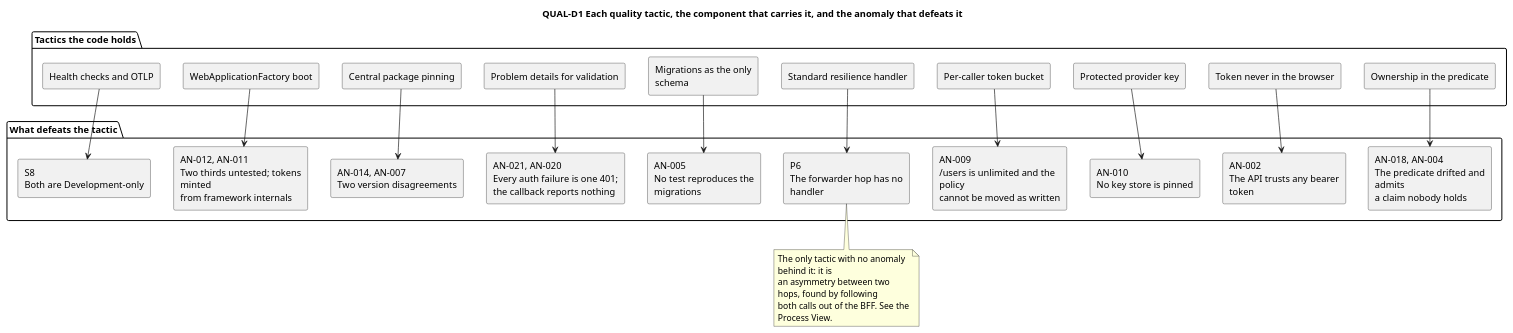
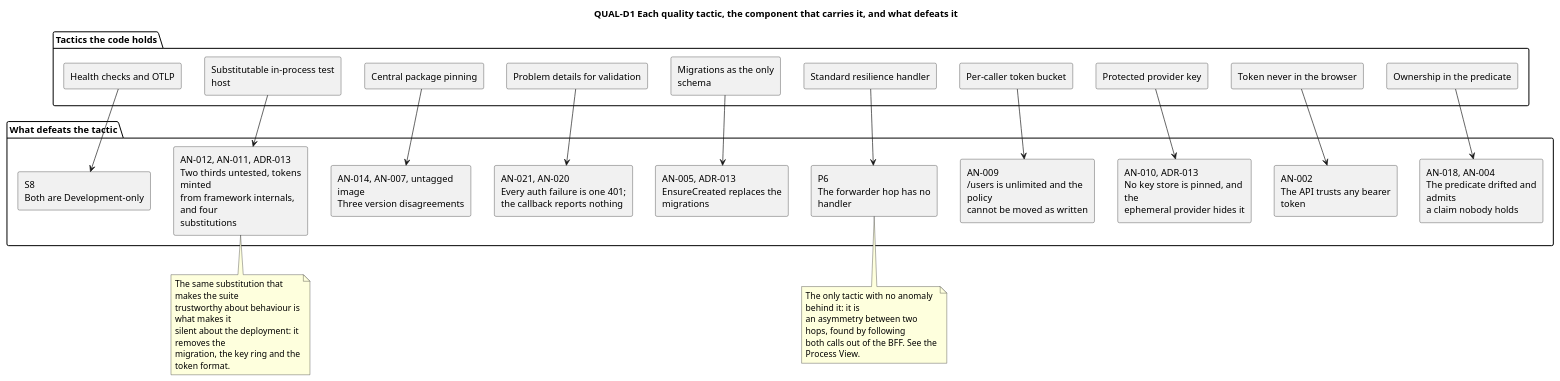
One commit to banense-test/TodoApp changed diagram 11 of 11 in docs/artifacts/analysis---design/software-architecture-document.md. Above: the diagram before and after it, drawn with PlantUML. The commit also changed other lines of this file, not shown here.

Commit message:
Software Architect [Excavation1]: upsert Software Architecture Document
[skip ci]

````diff
--- a/docs/artifacts/analysis---design/software-architecture-document.md
+++ b/docs/artifacts/analysis---design/software-architecture-document.md
@@ -1115,53 +1114,60 @@
 ```plantuml
 @startuml
-title QUAL-D1 Each quality tactic, the component that carries it, and the anomaly that defeats it
+title QUAL-D1 Each quality tactic, the component that carries it, and what defeats it
 
 skinparam componentStyle rectangle
 skinparam shadowing false
 skinparam wrapWidth 200
 
 package "Tactics the code holds" {
   component "Ownership in the predicate" as T1
   component "Token never in the browser" as T2
   component "Protected provider key" as T3
   component "Per-caller token bucket" as T4
   component "Standard resilience handler" as T5
   component "Migrations as the only schema" as T6
   component "Problem details for validation" as T7
   component "Central package pinning" as T8
-  component "WebApplicationFactory boot" as T9
+  component "Substitutable in-process test host" as T9
   component "Health checks and OTLP" as T10
 }
 
 package "What defeats the tactic" {
   component "AN-018, AN-004\nThe predicate drifted and admits\na claim nobody holds" as A1
   component "AN-002\nThe API trusts any bearer token" as A2
-  component "AN-010\nNo key store is pinned" as A3
+  component "AN-010, ADR-013\nNo key store is pinned, and the\nephemeral provider hides it" as A3
   component "AN-009\n/users is unlimited and the policy\ncannot be moved as written" as A4
   component "P6\nThe forwarder hop has no handler" as A5
-  component "AN-005\nNo test reproduces the migrations" as A6
+  component "AN-005, ADR-013\nEnsureCreated replaces the migrations" as A6
   component "AN-021, AN-020\nEvery auth failure is one 401;\nthe callback reports nothing" as A7
-  component "AN-014, AN-007\nTwo version disagreements" as A8
-  component "AN-012, AN-011\nTwo thirds untested; tokens minted\nfrom framework internals" as A9
+  component "AN-014, AN-007, untagged image\nThree version disagreements" as A8
+  component "AN-012, AN-011, ADR-013\nTwo thirds untested, tokens minted\nfrom framework internals, and four\nsubstitutions" as A9
   component "S8\nBoth are Development-only" as A10
 }
 
 T1 --> A1
 T2 --> A2
 T3 --> A3
 T4 --> A4
 T5 --> A5
 T6 --> A6
 T7 --> A7
 T8 --> A8
 T9 --> A9
 T10 --> A10
 
 note bottom of A5
   The only tactic with no anomaly behind it: it is
   an asymmetry between two hops, found by following
   both calls out of the BFF. See the Process View.
 end note
 
+note bottom of A9
+  The same substitution that makes the suite
+  trustworthy about behaviour is what makes it
+  silent about the deployment: it removes the
+  migration, the key ring and the token format.
+end note
+
 @enduml
 ```
````
